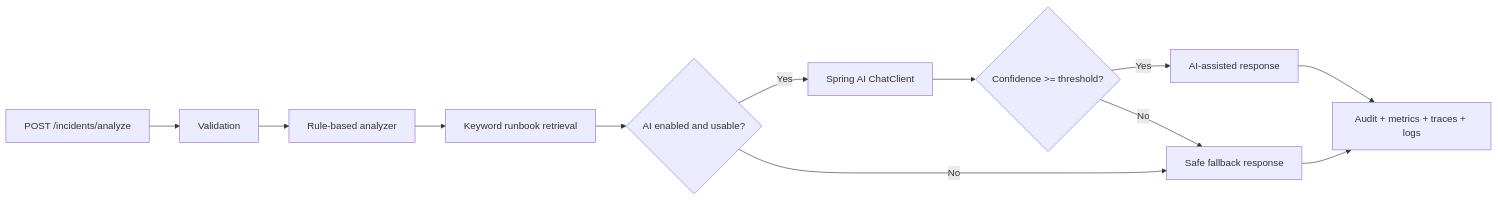
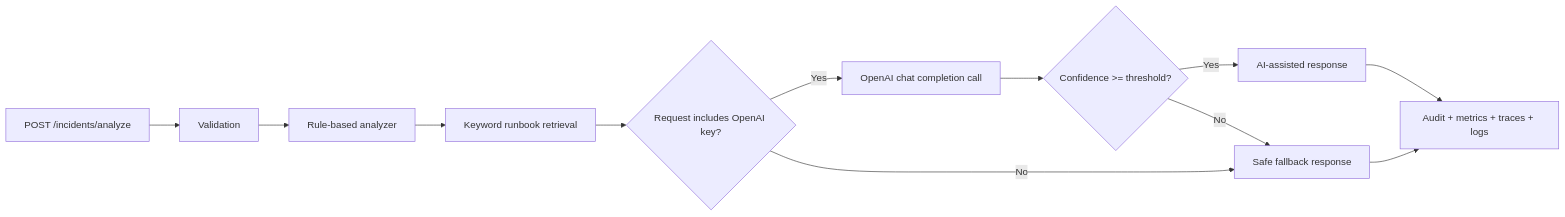
One commit to Hperam/incident-copilot-api changed the diagram in README.md. Above: the diagram before and after it, drawn with Mermaid. The commit also changed other lines of this file and 12 other files, not shown here.

````diff
--- a/README.md
+++ b/README.md
@@ -32,14 +32,14 @@
 ```mermaid
 flowchart LR
     A["POST /incidents/analyze"] --> B["Validation"]
     B --> C["Rule-based analyzer"]
     C --> D["Keyword runbook retrieval"]
-    D --> E{"AI enabled and usable?"}
-    E -->|Yes| F["Spring AI ChatClient"]
+    D --> E{"Request includes OpenAI key?"}
+    E -->|Yes| F["OpenAI chat completion call"]
     E -->|No| G["Safe fallback response"]
     F --> H{"Confidence >= threshold?"}
     H -->|Yes| I["AI-assisted response"]
     H -->|No| G
     I --> J["Audit + metrics + traces + logs"]
     G --> J
 ```
````
